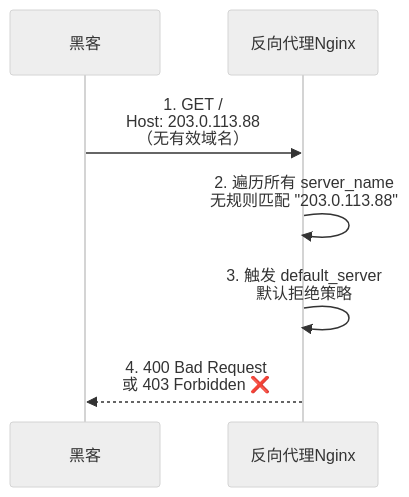
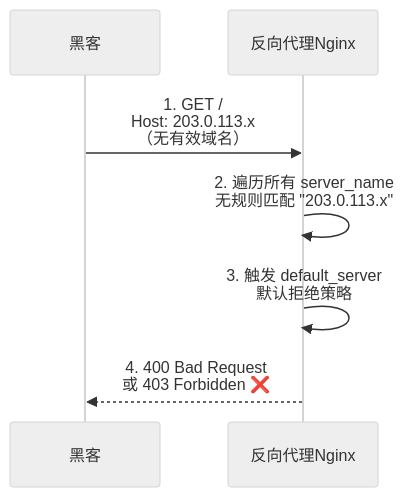
Before and after one commit to youze27/blog: the second of 3 diagrams in src/perm/Host碰撞攻击原理与实战场景分析.md, drawn with Mermaid (neutral theme). The commit also changed other lines of this file, not shown here.

````diff
--- a/src/perm/Host碰撞攻击原理与实战场景分析.md
+++ b/src/perm/Host碰撞攻击原理与实战场景分析.md
@@ -60,10 +60,10 @@
 ```mermaid
 sequenceDiagram
     participant 黑客
     participant 反向代理Nginx
 
-    黑客->>反向代理Nginx: 1. GET /<br/>Host: 203.0.113.88<br/>（无有效域名）
-    反向代理Nginx->>反向代理Nginx: 2. 遍历所有 server_name<br/>无规则匹配 "203.0.113.88"
+    黑客->>反向代理Nginx: 1. GET /<br/>Host: 203.0.113.x<br/>（无有效域名）
+    反向代理Nginx->>反向代理Nginx: 2. 遍历所有 server_name<br/>无规则匹配 "203.0.113.x"
     反向代理Nginx->>反向代理Nginx: 3. 触发 default_server<br/>默认拒绝策略
     反向代理Nginx-->>黑客: 4. 400 Bad Request<br/>或 403 Forbidden ❌
 ```
````
